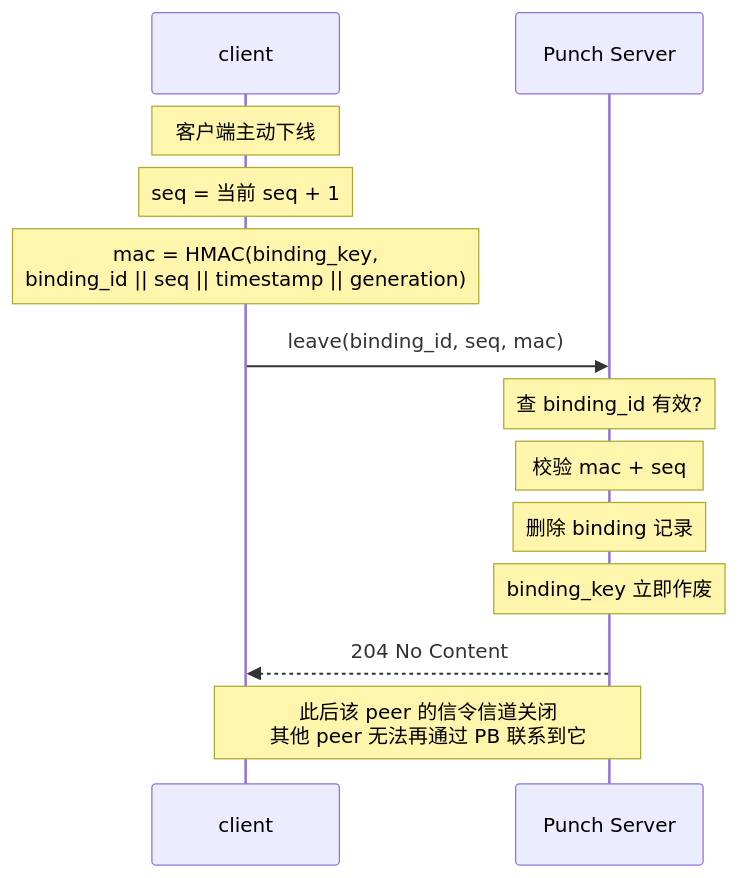
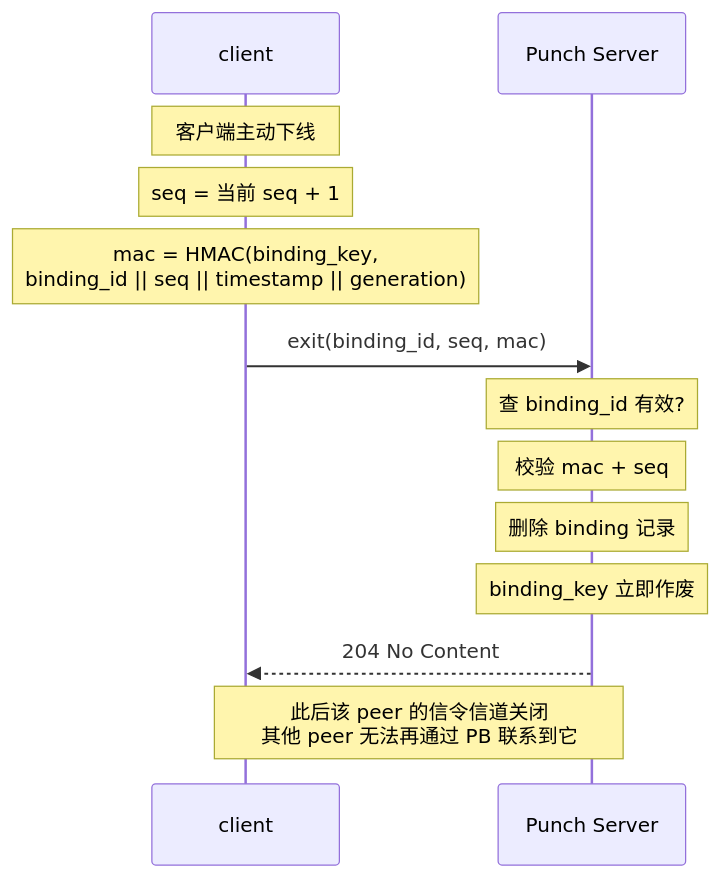
One commit to mivinci/p2p changed the tenth of 15 diagrams in docs/design/p2p-overview.md. Above: the diagram before and after it, drawn with Mermaid. The commit also changed other lines of this file, not shown here.

First line of the commit message:
docs(design): rename punch.enter/leave to punch.join/exit

````diff
--- a/docs/design/p2p-overview.md
+++ b/docs/design/p2p-overview.md
@@ -773,17 +773,17 @@
 ```mermaid
 sequenceDiagram
     participant C as client
     participant P as Punch Server
 
     Note over C: 客户端主动下线
     Note over C: seq = 当前 seq + 1
     Note over C: mac = HMAC(binding_key,<br/>binding_id || seq || timestamp || generation)
 
-    C->>P: leave(binding_id, seq, mac)
+    C->>P: exit(binding_id, seq, mac)
     Note over P: 查 binding_id 有效?
     Note over P: 校验 mac + seq
     Note over P: 删除 binding 记录
     Note over P: binding_key 立即作废
     P-->>C: 204 No Content
     Note over C,P: 此后该 peer 的信令信道关闭<br/>其他 peer 无法再通过 PB 联系到它
 ```
````
